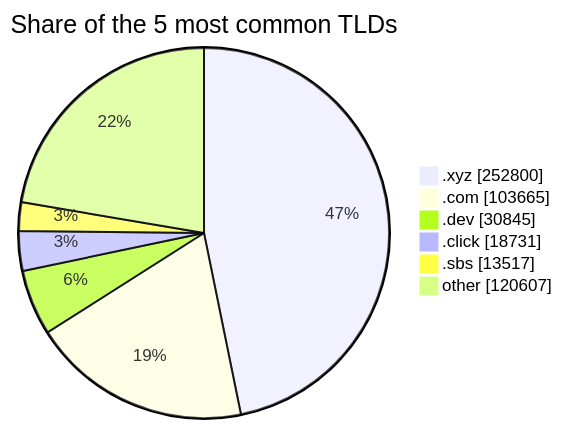
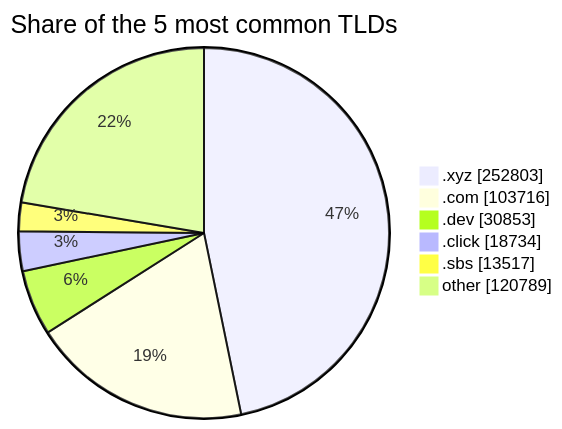
Before and after one commit to DNSBunker/CTI: the third of 3 diagrams in README.md, drawn with Mermaid. The commit also changed other lines of this file and 3 other files, not shown here.

````diff
--- a/README.md
+++ b/README.md
@@ -81,9 +81,9 @@
 ```mermaid
 pie showData title Share of the 5 most common TLDs
-    ".xyz" : 252800
-    ".com" : 103665
-    ".dev" : 30845
-    ".click" : 18731
+    ".xyz" : 252803
+    ".com" : 103716
+    ".dev" : 30853
+    ".click" : 18734
     ".sbs" : 13517
-    "other" : 120607
+    "other" : 120789
 ```
````
